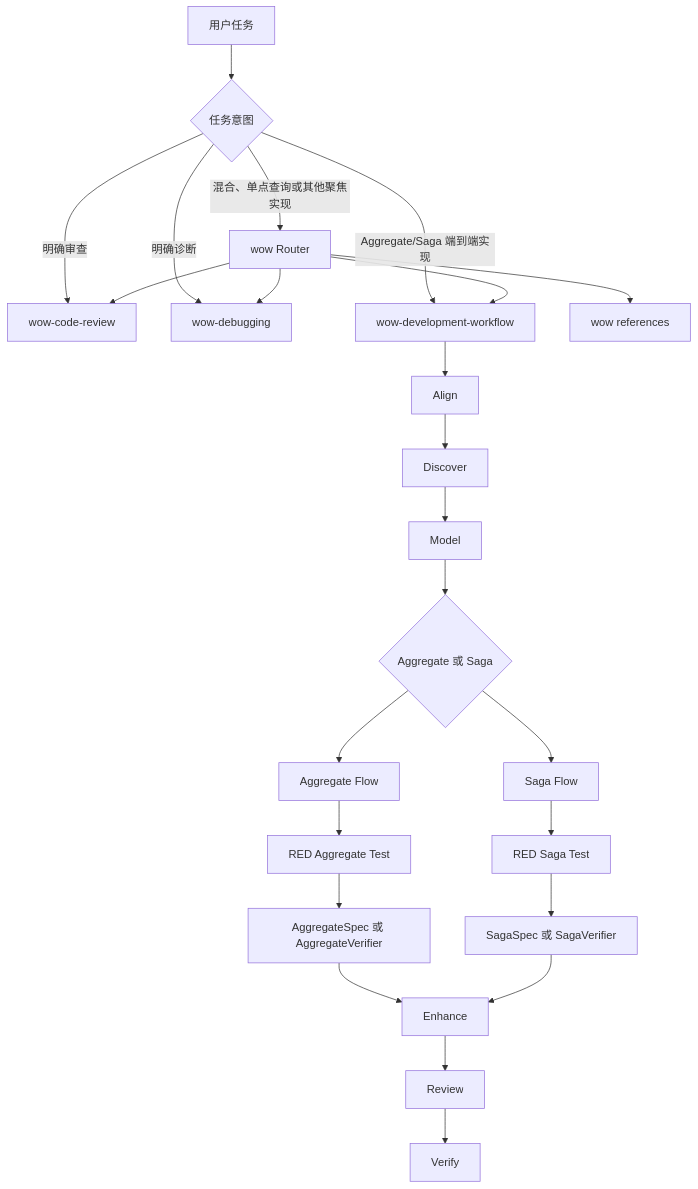
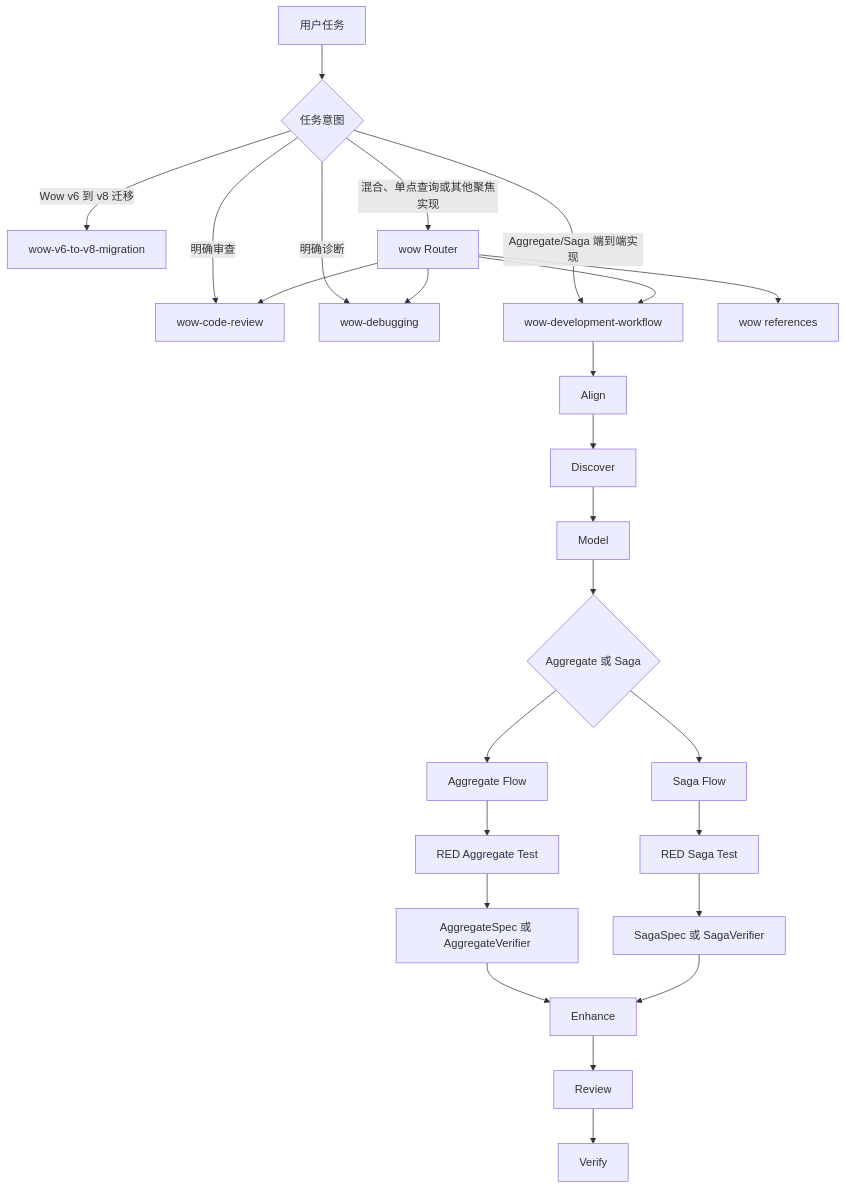
Before and after one commit to Ahoo-Wang/Wow: the diagram in skills/README.md, drawn with Mermaid. The commit also changed other lines of this file and 6 other files, not shown here.

First line of the commit message:
chore(skills): add Wow v6 to v8 migration (#2859)

````diff
--- a/skills/README.md
+++ b/skills/README.md
@@ -18,27 +18,28 @@
 ```mermaid
 graph TD
     A[用户任务] --> C{任务意图}
     C -->|明确审查| E[wow-code-review]
     C -->|明确诊断| F[wow-debugging]
+    C -->|Wow v6 到 v8 迁移| H[wow-v6-to-v8-migration]
     C -->|Aggregate/Saga 端到端实现| D[wow-development-workflow]
     C -->|混合、单点查询或其他聚焦实现| B[wow Router]
     B --> D
     B --> E
     B --> F
     B --> G[wow references]
 
     D --> D1[Align]
     D1 --> D2[Discover]
     D2 --> D3[Model]
     D3 --> D4{Aggregate 或 Saga}
     D4 --> D5[Aggregate Flow]
     D4 --> D6[Saga Flow]
     D5 --> D7[RED Aggregate Test]
     D6 --> D8[RED Saga Test]
     D7 --> D71[AggregateSpec 或 AggregateVerifier]
     D8 --> D81[SagaSpec 或 SagaVerifier]
     D71 --> D9[Enhance]
     D81 --> D9
     D9 --> D10[Review]
     D10 --> D11[Verify]
 ```
````
